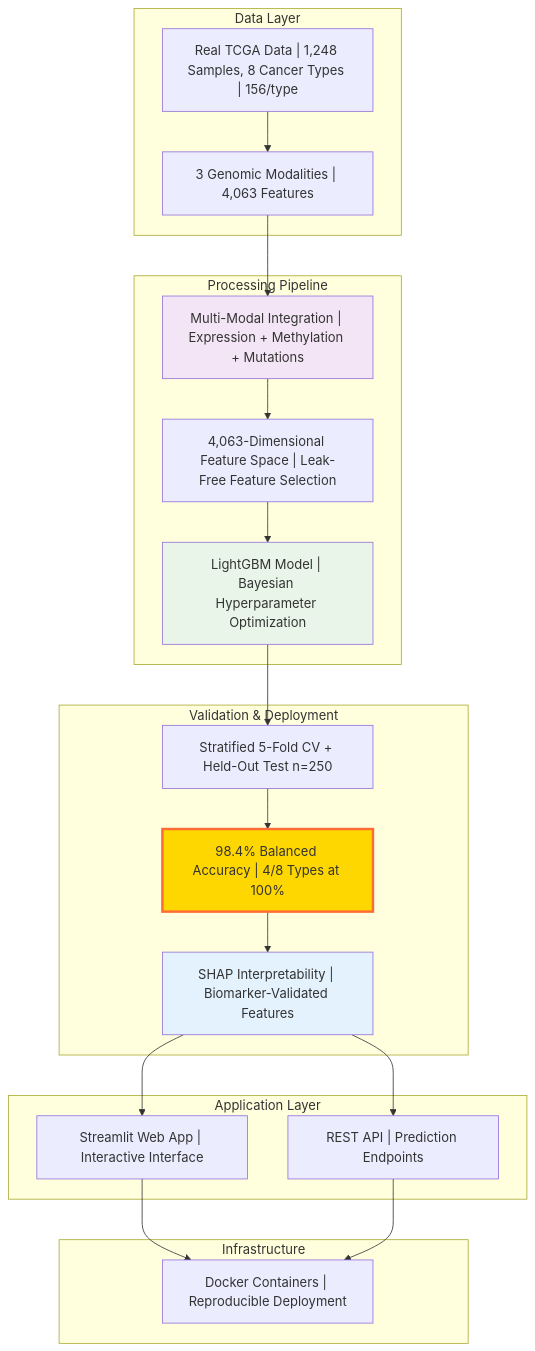
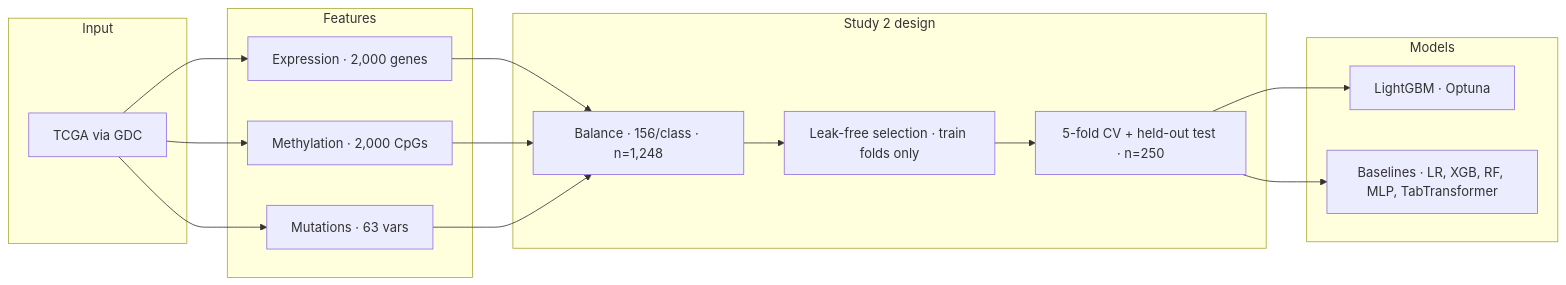
The diagram in README.md (rstil2/cancer-alpha), drawn with Mermaid before and after one commit. The commit also changed other lines of this file and 7 other files, not shown here.

````diff
--- a/README.md
+++ b/README.md
@@ -304,45 +104,23 @@
 ```mermaid
-flowchart TD
-    subgraph Data_Layer["Data Layer"]
-        A["Real TCGA Data | 1,248 Samples, 8 Cancer Types | 156/type"]
-        B["3 Genomic Modalities | 4,063 Features"]
+flowchart LR
+    subgraph Input
+        TCGA["TCGA via GDC"]
     end
-
-    subgraph Processing_Pipeline["Processing Pipeline"]
-        C["Multi-Modal Integration | Expression + Methylation + Mutations"]
-        D["4,063-Dimensional Feature Space | Leak-Free Feature Selection"]
-        E["LightGBM Model | Bayesian Hyperparameter Optimization"]
+    subgraph Features
+        E["Expression · 2,000 genes"]
+        M["Methylation · 2,000 CpGs"]
+        S["Mutations · 63 vars"]
     end
-
-    subgraph Validation["Validation & Deployment"]
-        F["Stratified 5-Fold CV + Held-Out Test n=250"]
-        G["98.4% Balanced Accuracy | 4/8 Types at 100%"]
-        H["SHAP Interpretability | Biomarker-Validated Features"]
+    subgraph Study2["Study 2 design"]
+        B["Balance · 156/class · n=1,248"]
+        L["Leak-free selection · train folds only"]
+        V["5-fold CV + held-out test · n=250"]
     end
-
-    subgraph Application["Application Layer"]
-        I["Streamlit Web App | Interactive Interface"]
-        J["REST API | Prediction Endpoints"]
+    subgraph Models
+        GB["LightGBM · Optuna"]
+        BL["Baselines · LR, XGB, RF, MLP, TabTransformer"]
     end
-
-    subgraph Infra["Infrastructure"]
-        L["Docker Containers | Reproducible Deployment"]
-    end
-
-    A --> B
-    B --> C
-    C --> D
-    D --> E
-    E --> F
-    F --> G
-    G --> H
-    H --> I
-    H --> J
-    I --> L
-    J --> L
-
-    style G fill:#FFD700,stroke:#FF6B35,stroke-width:3px
-    style E fill:#E8F5E8
-    style C fill:#F3E5F5
-    style H fill:#E3F2FD
+    TCGA --> E & M & S
+    E & M & S --> B --> L --> V
+    V --> GB & BL
 ```
````
